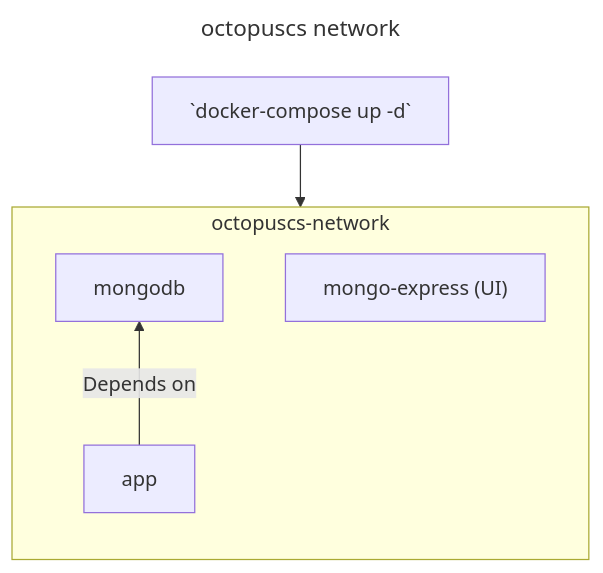
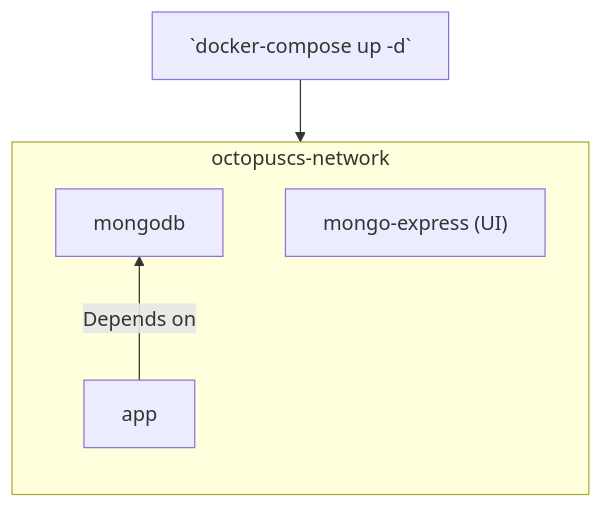
The second of 2 diagrams in README.md (taljacob2/octopuscs), drawn with Mermaid before and after one commit.

Commit message:
Remove Redundant Title In Flowchart Graph

````diff
--- a/README.md
+++ b/README.md
@@ -41,14 +41,11 @@
 ```mermaid
----
-title: octopuscs network
----
 flowchart TD
     compose[`docker-compose up -d`] --> octopuscs-network[octopuscs network]
 
     subgraph octopuscs-network
     direction BT
     mongodb
     mongo-express["mongo-express (UI)"]
     app -->|Depends on| mongodb
     end
 ```
````
